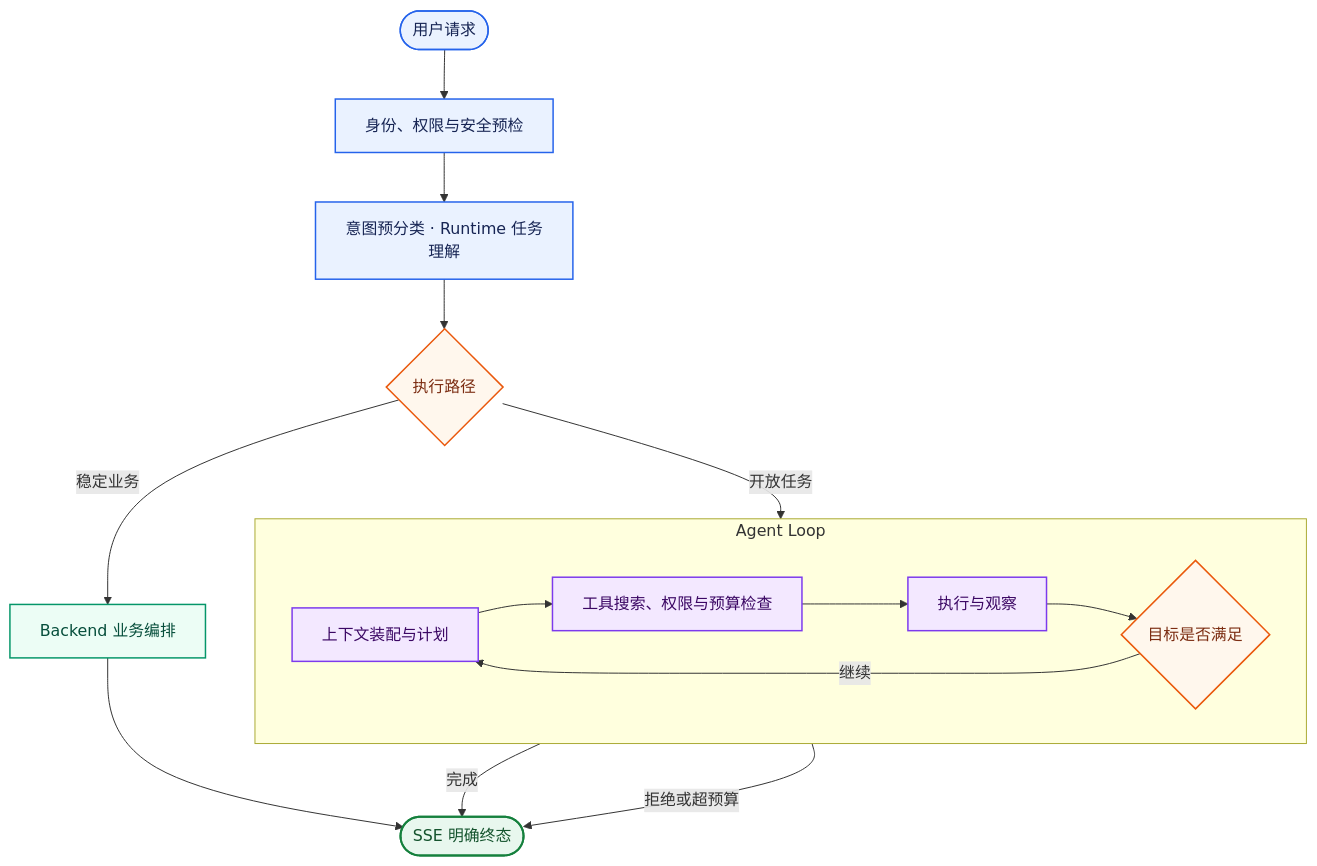
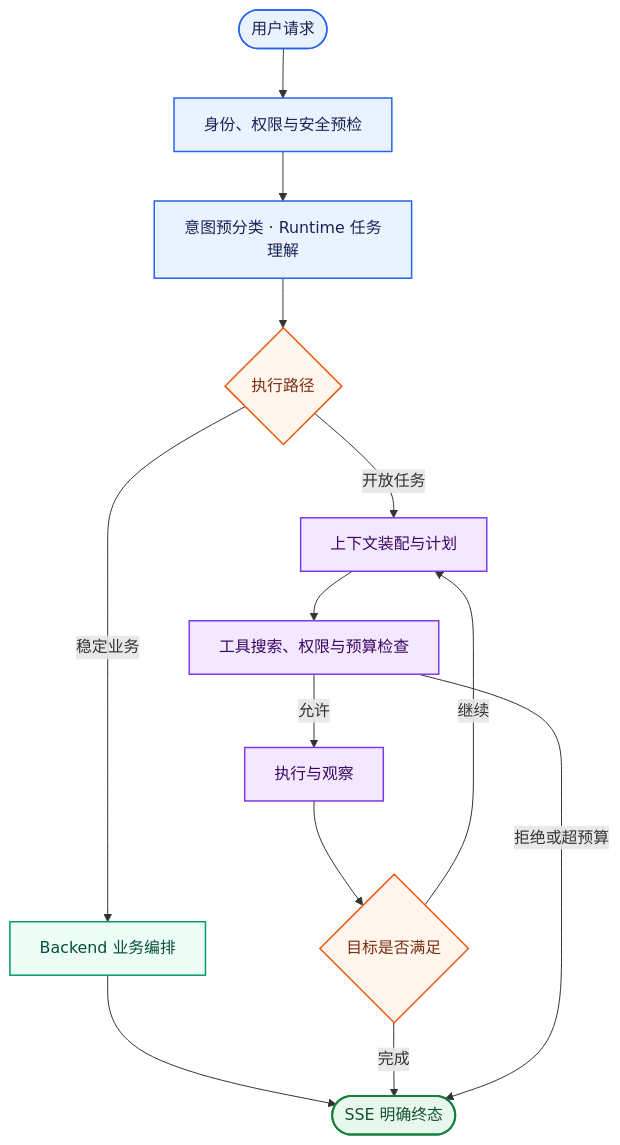
Before and after one commit to Logistic98/job-buddy: the second of 2 diagrams in README.md, drawn with Mermaid. The commit also changed other lines of this file and 32 other files, not shown here.

````diff
--- a/README.md
+++ b/README.md
@@ -51,33 +54,30 @@
 ```mermaid
 graph TD
     ENTRY(["用户请求"]) --> PRECHECK["身份、权限与安全预检"]
     PRECHECK --> UNDERSTAND["意图预分类 · Runtime 任务理解"]
     UNDERSTAND --> ROUTE{"执行路径"}
 
     ROUTE -->|稳定业务| BUSINESS["Backend 业务编排"]
     ROUTE -->|开放任务| PLAN
 
-    subgraph AGENT_LOOP["Agent Loop"]
-        direction LR
-        PLAN["上下文装配与计划"] --> GUARD["工具搜索、权限与预算检查"]
-        GUARD --> EXECUTE["执行与观察"]
-        EXECUTE --> VERIFY{"目标是否满足"}
-        VERIFY -->|继续| PLAN
-    end
+    PLAN["上下文装配与计划"] --> GUARD["工具搜索、权限与预算检查"]
+    GUARD -->|允许| EXECUTE["执行与观察"]
+    EXECUTE --> VERIFY{"目标是否满足"}
+    VERIFY -->|继续| PLAN
 
     BUSINESS --> RESULT(["SSE 明确终态"])
     VERIFY -->|完成| RESULT
     GUARD -->|拒绝或超预算| RESULT
 
     classDef request fill:#EAF2FF,stroke:#2563EB,color:#172554,stroke-width:1.5px;
     classDef decision fill:#FFF7ED,stroke:#EA580C,color:#7C2D12,stroke-width:1.5px;
     classDef business fill:#ECFDF5,stroke:#059669,color:#064E3B,stroke-width:1.5px;
     classDef agent fill:#F3E8FF,stroke:#7C3AED,color:#3B0764,stroke-width:1.5px;
     classDef terminal fill:#E8F7EE,stroke:#15803D,color:#14532D,stroke-width:2px;
 
     class ENTRY,PRECHECK,UNDERSTAND request;
     class ROUTE,VERIFY decision;
     class BUSINESS business;
     class PLAN,GUARD,EXECUTE agent;
     class RESULT terminal;
 ```
````
